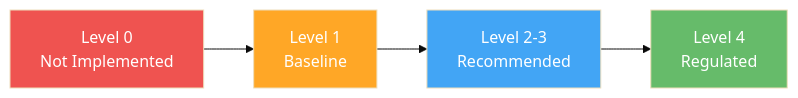
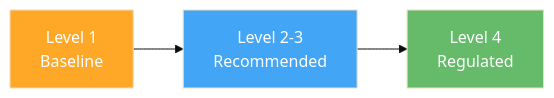
Before and after one commit to judeper/FSI-AgentGov: the third of 3 diagrams in docs/getting-started/overview.md, drawn with Mermaid (base theme). The commit also changed other lines of this file, not shown here.

````diff
--- a/docs/getting-started/overview.md
+++ b/docs/getting-started/overview.md
@@ -261,14 +260,12 @@
 ```mermaid
 graph LR
-    L0[Level 0<br/>Not Implemented]
     L1[Level 1<br/>Baseline]
     L23[Level 2-3<br/>Recommended]
     L4[Level 4<br/>Regulated]
 
-    L0 --> L1 --> L23 --> L4
+    L1 --> L23 --> L4
 
-    style L0 fill:#EF5350,color:#fff
     style L1 fill:#FFA726,color:#fff
     style L23 fill:#42A5F5,color:#fff
     style L4 fill:#66BB6A,color:#fff
 ```
````
